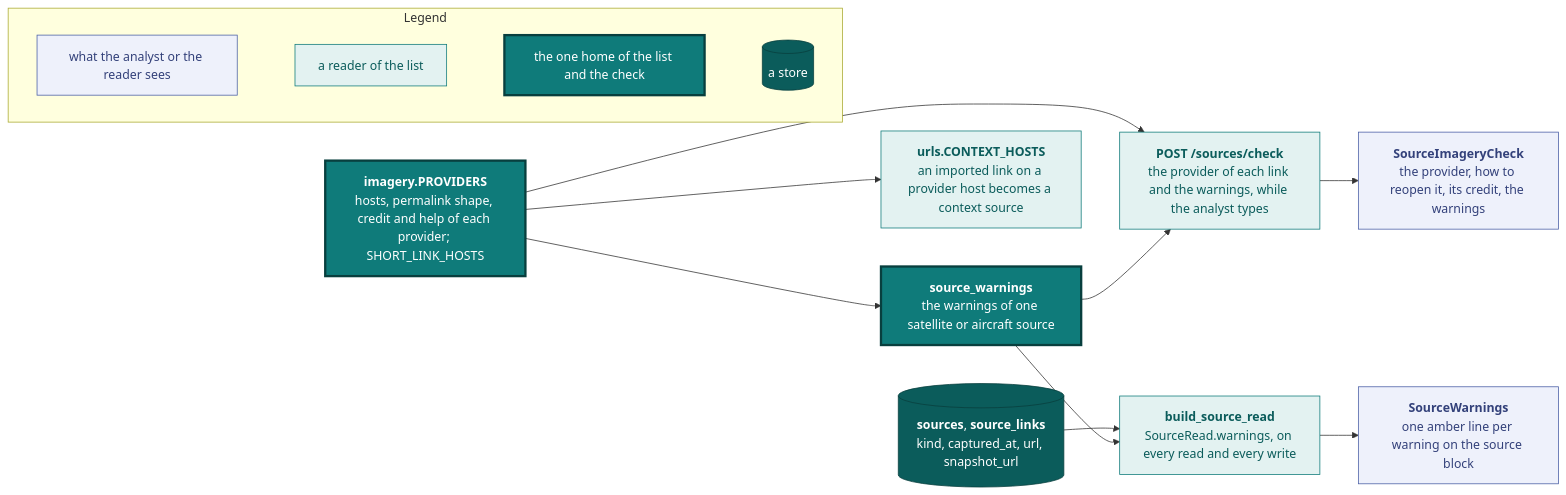
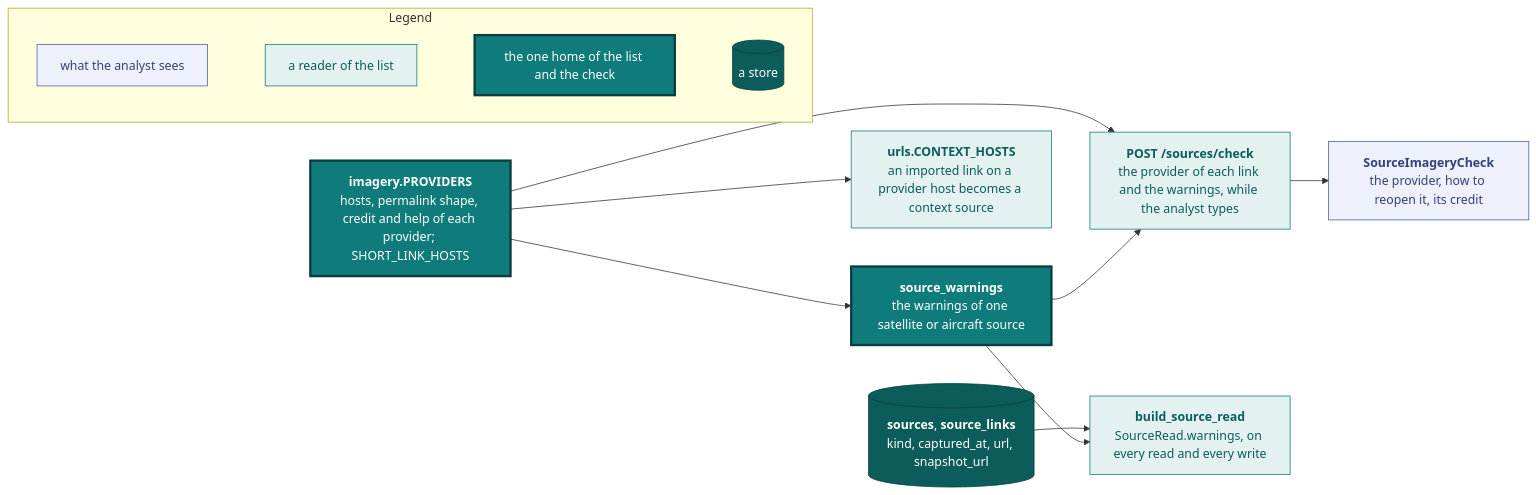
The diagram in docs/imagery.md (vidithq/vidit), drawn with Mermaid before and after one commit. The commit also changed other lines of this file and 13 other files, not shown here.

First line of the commit message:
feat(sources): drop the imagery warnings from the source block (#772)

````diff
--- a/docs/imagery.md
+++ b/docs/imagery.md
@@ -5,40 +5,38 @@
 ```mermaid
 flowchart LR
   classDef spec fill:#eef1fb,stroke:#4a5fa5,color:#33417a
   classDef shared fill:#e3f2f1,stroke:#0f7b7a,color:#0b5c5b
   classDef core fill:#0f7b7a,stroke:#083f3e,stroke-width:3px,color:#ffffff
   classDef store fill:#0b5c5b,stroke:#083f3e,color:#ffffff
 
   subgraph legend [Legend]
     direction LR
-    l1["`what the analyst or the reader sees`"]:::spec
+    l1["`what the analyst sees`"]:::spec
     l2["`a reader of the list`"]:::shared
     l3["`the one home of the list and the check`"]:::core
     l4[("`a store`")]:::store
     l1 ~~~ l2 ~~~ l3 ~~~ l4
   end
 
   providers["`**imagery.PROVIDERS**
   hosts, permalink shape, credit and help of each provider; SHORT_LINK_HOSTS`"]:::core
   warnings["`**source_warnings**
   the warnings of one satellite or aircraft source`"]:::core
   check["`**POST /sources/check**
   the provider of each link and the warnings, while the analyst types`"]:::shared
   read["`**build_source_read**
   SourceRead.warnings, on every read and every write`"]:::shared
   context["`**urls.CONTEXT_HOSTS**
   an imported link on a provider host becomes a context source`"]:::shared
   editor["`**SourceImageryCheck**
-  the provider, how to reopen it, its credit, the warnings`"]:::spec
-  block["`**SourceWarnings**
-  one amber line per warning on the source block`"]:::spec
+  the provider, how to reopen it, its credit`"]:::spec
   rows[("`**sources**, **source_links**
   kind, captured_at, url, snapshot_url`")]:::store
 
   providers --> warnings
   providers --> check
   providers --> context
   warnings --> check --> editor
   rows --> read
-  warnings --> read --> block
+  warnings --> read
 ```
````
